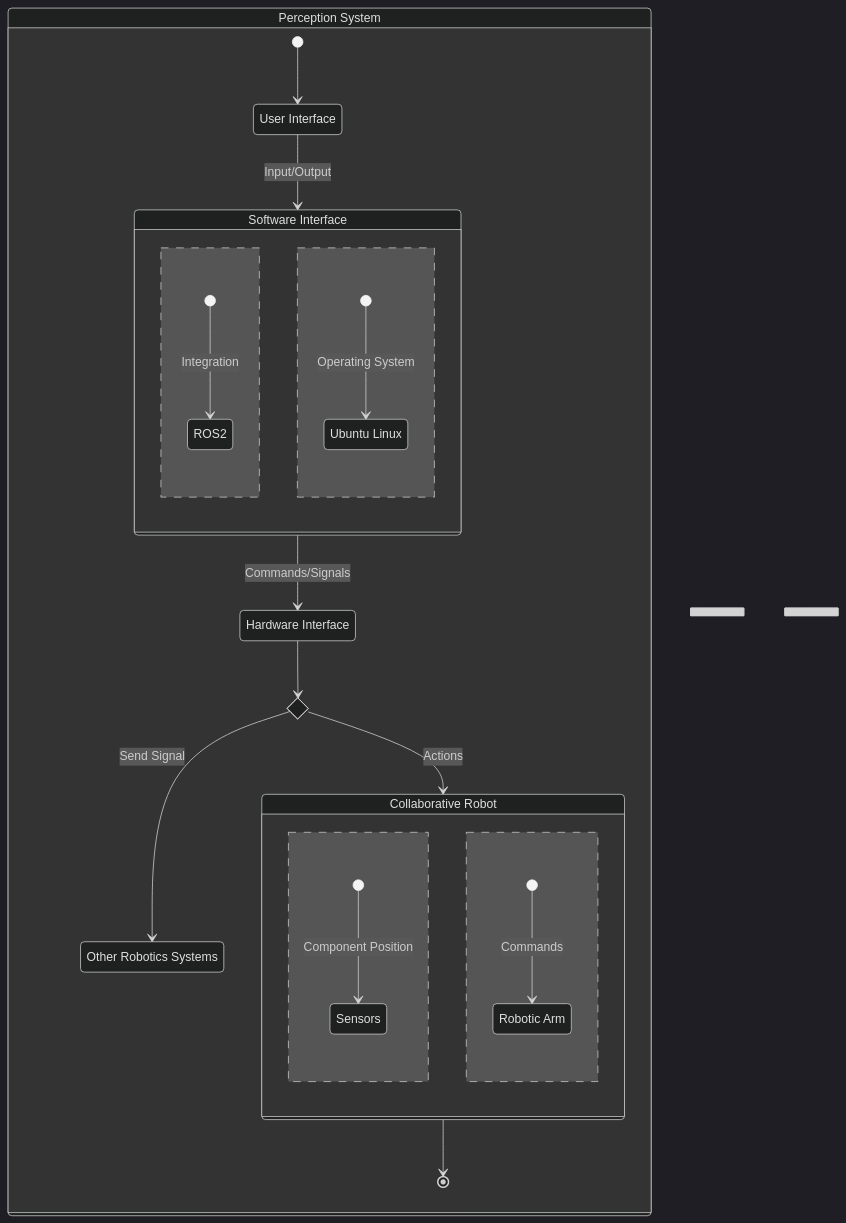
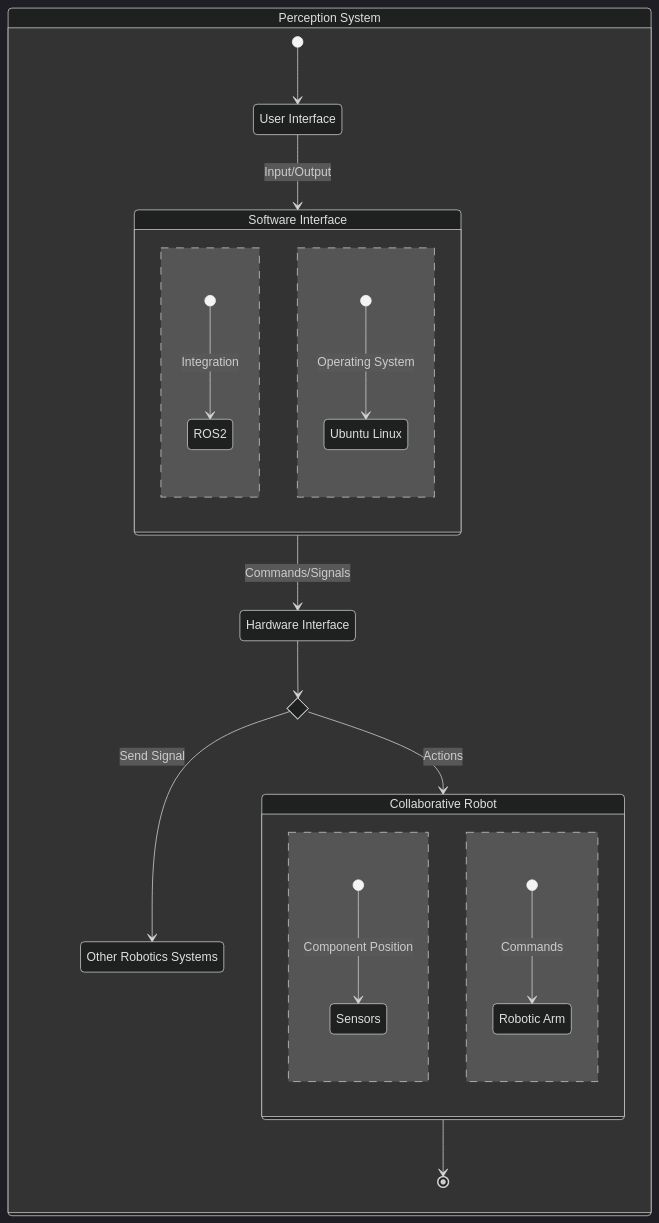
Before and after one commit to kanbanyte/sepa: the second of 2 diagrams in assessments/design.md, drawn with Mermaid (dark theme).

Commit message:
Removed choice fork from diagram

````diff
--- a/assessments/design.md
+++ b/assessments/design.md
@@ -112,36 +112,34 @@
 ```mermaid
 stateDiagram-v2
 	direction TB
 	state if_state <<choice>>
-	state fork <<fork>>
-	state join <<join>>
 	state "User Interface" as User
 	state "Hardware Interface" as Hardware
 	state "Other Robotics Systems" as OtherSystems
 	state "Ubuntu Linux" as Ubuntu
 	state "Robotic Arm" as Robot
 
 	state "Software Interface" as Software {
 		[*] --> ROS2 : Integration
 		--
 		[*] --> Ubuntu : Operating System
 	}
 
 	state "Collaborative Robot" as Cobot {
 		[*] --> Sensors : Component Position
 		--
 		[*] --> Robot : Commands
 	}
 
 	state "Perception System" as Perception {
 		[*] --> User
 		User --> Software : Input/Output
 		Software --> Hardware : Commands/Signals
 
 		Hardware --> if_state
 		if_state --> OtherSystems : Send Signal
 		if_state --> Cobot : Actions
 
 		Cobot --> [*]
 	}
 ```
````
